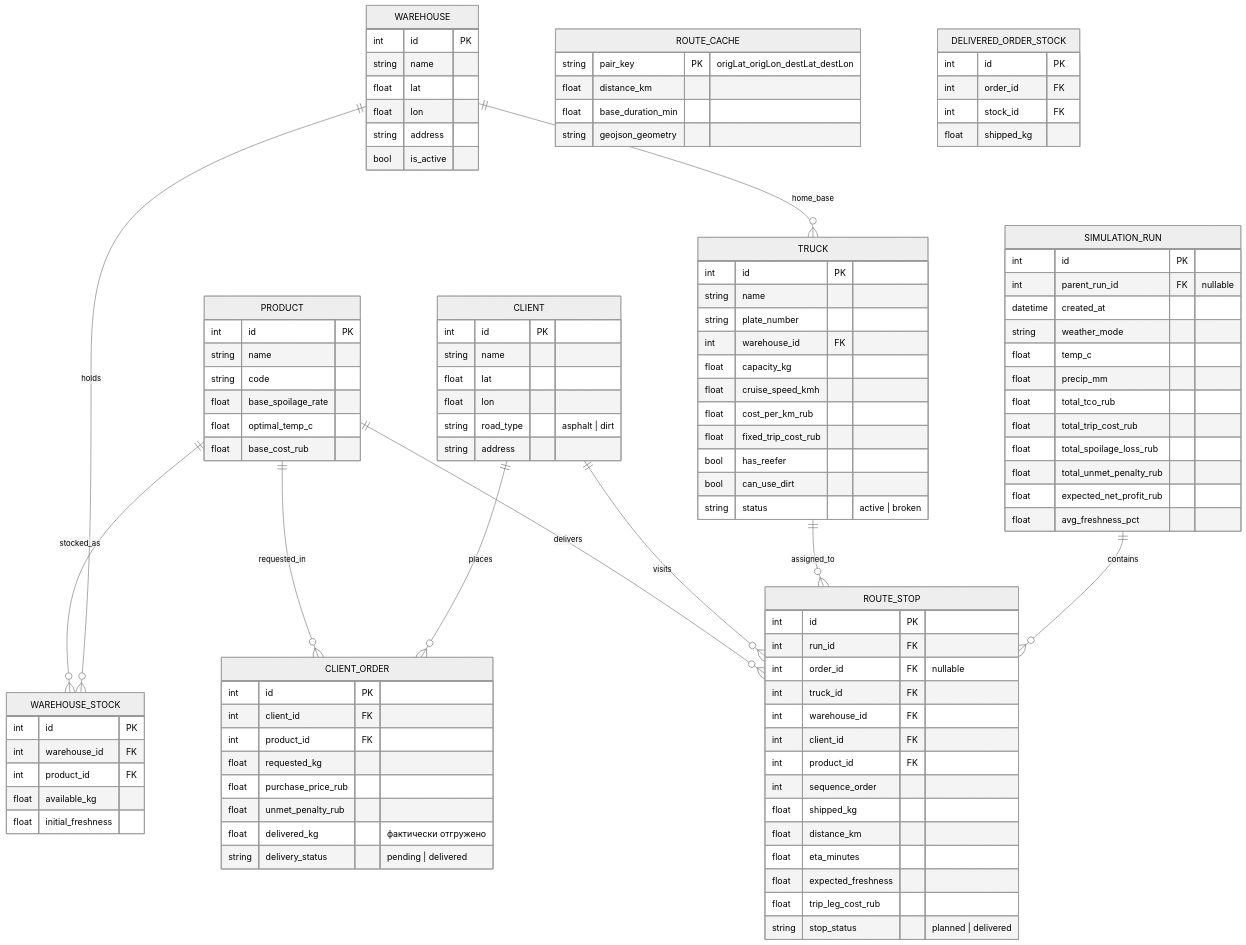
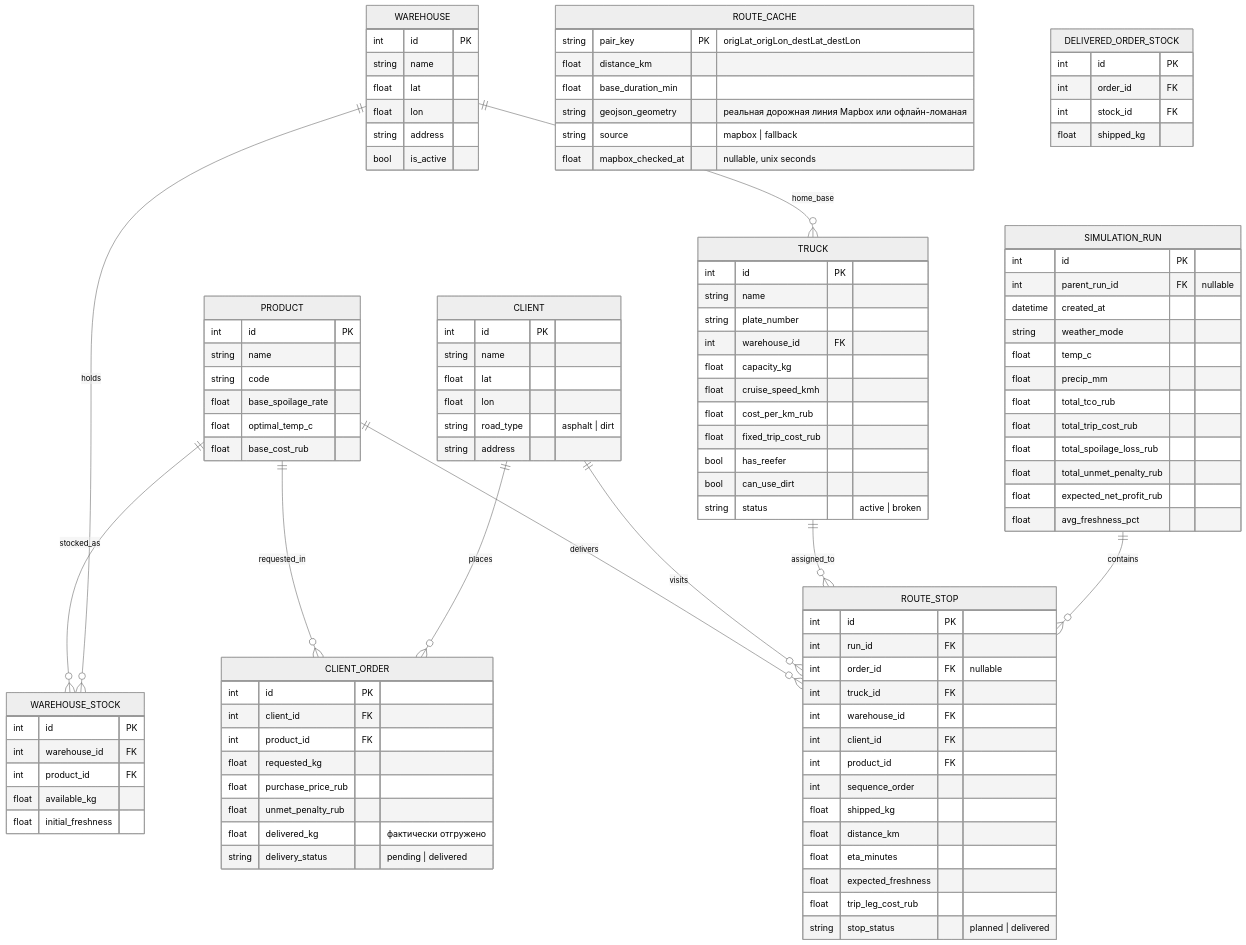
Before and after one commit to sasha2004-art/agrologistix: the diagram in docs/planning/04-database-design.md, drawn with Mermaid (neutral theme). The commit also changed other lines of this file and 7 other files, not shown here.

```diff
--- a/docs/planning/04-database-design.md
+++ b/docs/planning/04-database-design.md
@@ -110,7 +110,9 @@
         string pair_key PK "origLat_origLon_destLat_destLon"
         float distance_km
         float base_duration_min
-        string geojson_geometry
+        string geojson_geometry "реальная дорожная линия Mapbox или офлайн-ломаная"
+        string source "mapbox | fallback"
+        float mapbox_checked_at "nullable, unix seconds"
     }
 
     DELIVERED_ORDER_STOCK {
```
